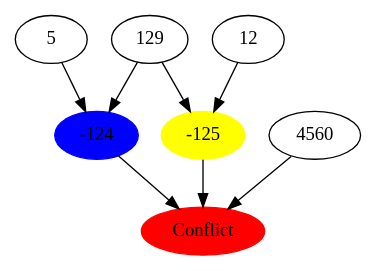
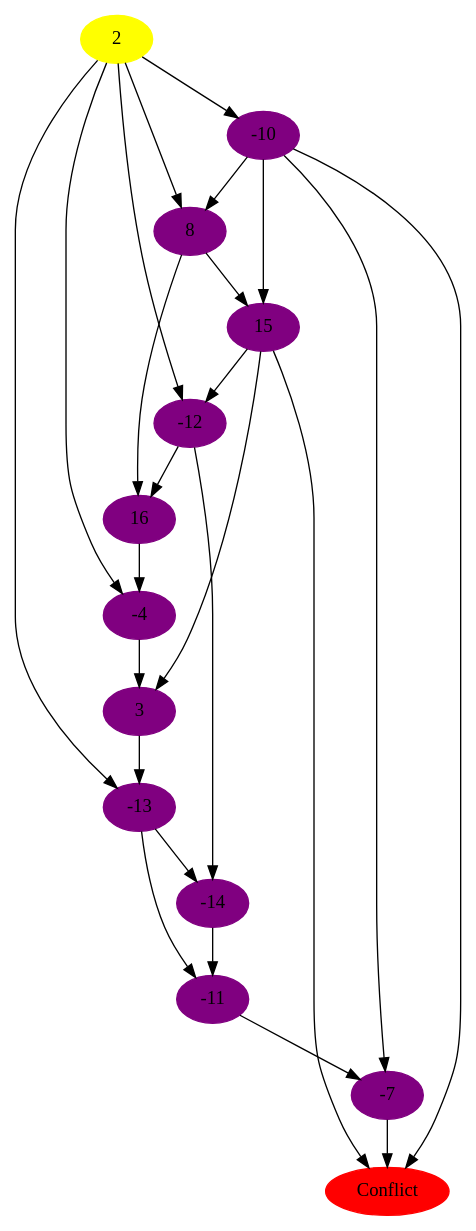
Before and after one commit to simon-mauras/l3-projet2: the diagram in graph.dot, drawn with Graphviz. The commit also changed 8 other files, not shown here.

```diff
--- a/graph.dot
+++ b/graph.dot
@@ -1,16 +1,39 @@
 digraph G {
-"5" [color=black]
-"12" [color=black]
-"-124" [style=filled,color=blue]
-"-125" [style=filled,color=yellow]
-"129" [color=black]
-"4560" [color=black]
+"2" [style=filled,color=yellow]
+"3" [style=filled,color=purple]
+"-4" [style=filled,color=purple]
+"-7" [style=filled,color=purple]
+"8" [style=filled,color=purple]
+"-10" [style=filled,color=purple]
+"-11" [style=filled,color=purple]
+"-12" [style=filled,color=purple]
+"-13" [style=filled,color=purple]
+"-14" [style=filled,color=purple]
+"15" [style=filled,color=purple]
+"16" [style=filled,color=purple]
 "Conflict" [style=filled,color=red]
-"5" -> "-124";
-"12" -> "-125";
-"-124" -> "Conflict";
-"-125" -> "Conflict";
-"129" -> "-124";
-"129" -> "-125";
-"4560" -> "Conflict";
+"2" -> "-4";
+"2" -> "8";
+"2" -> "-10";
+"2" -> "-12";
+"2" -> "-13";
+"3" -> "-13";
+"-4" -> "3";
+"-7" -> "Conflict";
+"8" -> "15";
+"8" -> "16";
+"-10" -> "-7";
+"-10" -> "8";
+"-10" -> "15";
+"-10" -> "Conflict";
+"-11" -> "-7";
+"-12" -> "-14";
+"-12" -> "16";
+"-13" -> "-11";
+"-13" -> "-14";
+"-14" -> "-11";
+"15" -> "3";
+"15" -> "-12";
+"15" -> "Conflict";
+"16" -> "-4";
 }
```
